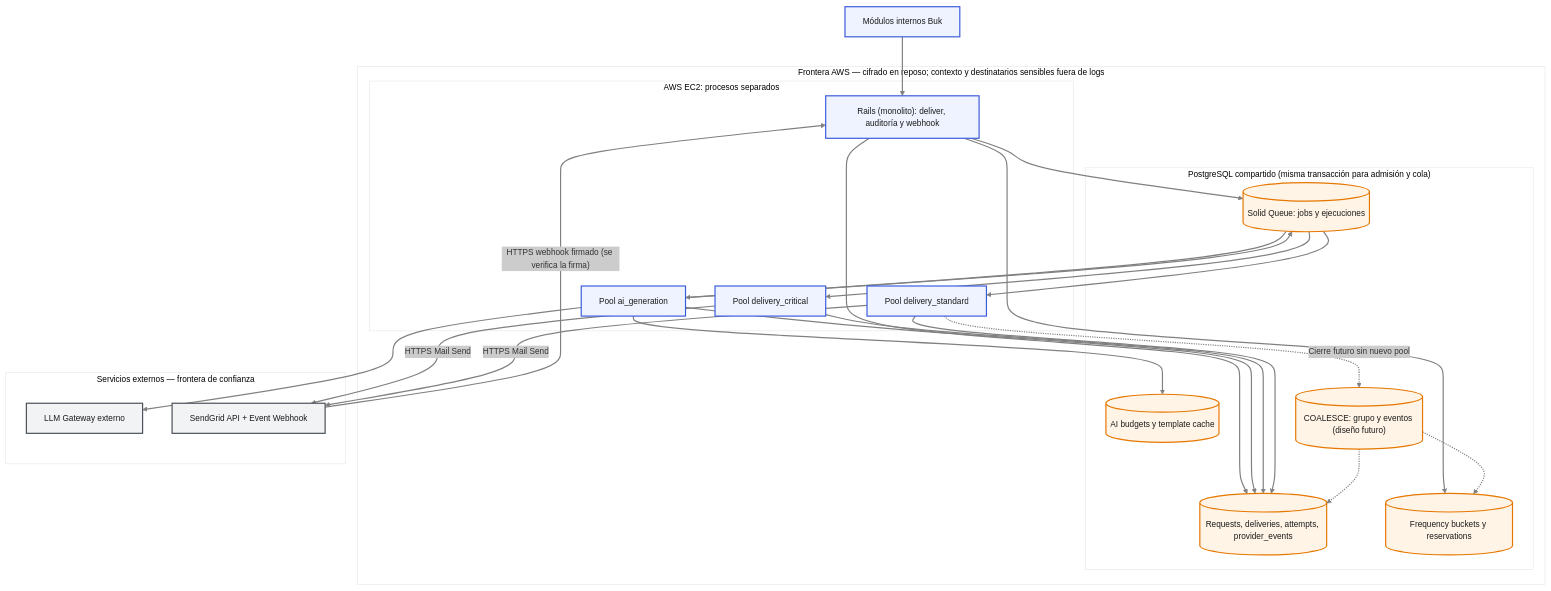
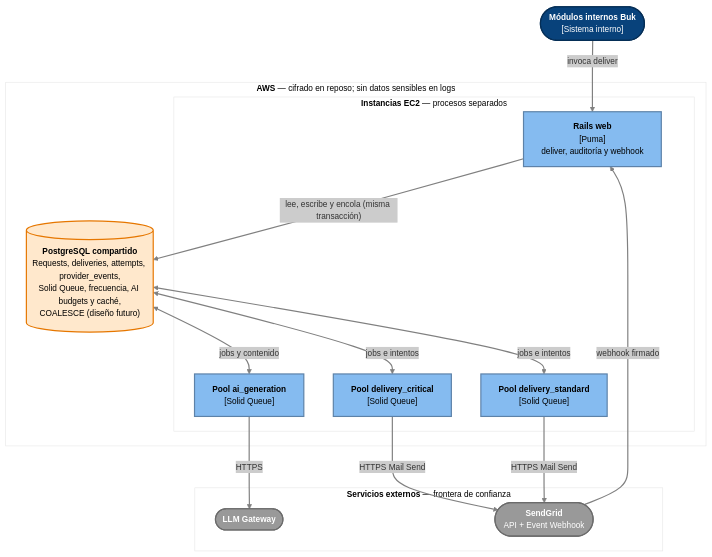
Before and after one commit to natha9404/codespaces-rails: the diagram in app/assets/images/infraestructura.mmd, drawn with Mermaid. The commit also changed 7 other files, not shown here.

First line of the commit message:
Diagramas 2.b y 2.c en notación C4 y vistas de detalle aparte

```diff
--- a/app/assets/images/infraestructura.mmd
+++ b/app/assets/images/infraestructura.mmd
@@ -1,52 +1,38 @@
 ---
 config:
   theme: neo
 ---
 flowchart TB
-  Modules["Módulos internos Buk"]
-  subgraph AWS["Frontera AWS — cifrado en reposo; contexto y destinatarios sensibles fuera de logs"]
-    subgraph EC2["AWS EC2: procesos separados"]
-      Web["Rails (monolito): deliver, auditoría y webhook"]
-      AI["Pool ai_generation"]
-      Critical["Pool delivery_critical"]
-      Standard["Pool delivery_standard"]
+  Buk(["<b>Módulos internos Buk</b><br/>[Sistema interno]"])
+  subgraph AWS["<b>AWS</b> — cifrado en reposo; sin datos sensibles en logs"]
+    subgraph EC2["<b>Instancias EC2</b> — procesos separados"]
+      WEB["<b>Rails web</b><br/>[Puma]<br/>deliver, auditoría y webhook"]
+      WAI["<b>Pool ai_generation</b><br/>[Solid Queue]"]
+      WCR["<b>Pool delivery_critical</b><br/>[Solid Queue]"]
+      WST["<b>Pool delivery_standard</b><br/>[Solid Queue]"]
     end
-    subgraph PG["PostgreSQL compartido (misma transacción para admisión y cola)"]
-      Business[("Requests, deliveries, attempts, provider_events")]
-      Freq[("Frequency buckets y reservations")]
-      SQ[("Solid Queue: jobs y ejecuciones")]
-      AIData[("AI budgets y template cache")]
-      Future[("COALESCE: grupo y eventos (diseño futuro)")]
-    end
+    PG[("<b>PostgreSQL compartido</b><br/>Requests, deliveries, attempts, provider_events,<br/>Solid Queue, frecuencia, AI budgets y caché,<br/>COALESCE (diseño futuro)")]
   end
-  subgraph EXT["Servicios externos — frontera de confianza"]
-    LLM["LLM Gateway externo"]
-    SG["SendGrid API + Event Webhook"]
+  subgraph EXT["<b>Servicios externos</b> — frontera de confianza"]
+    SG(["<b>SendGrid</b><br/>API + Event Webhook"])
+    LLM(["<b>LLM Gateway</b>"])
   end
-  Modules --> Web
-  Web --> Business
-  Web --> Freq
-  Web --> SQ
-  SQ --> AI
-  SQ --> Critical
-  SQ --> Standard
-  AI --> LLM
-  AI --> AIData
-  AI --> Business
-  AI --> SQ
-  Critical --> Business
-  Standard --> Business
-  Critical -->|"HTTPS Mail Send"| SG
-  Standard -->|"HTTPS Mail Send"| SG
-  SG -->|"HTTPS webhook firmado (se verifica la firma)"| Web
-  Standard -.->|"Cierre futuro sin nuevo pool"| Future
-  Future -.-> Business
-  Future -.-> Freq
+  Buk -->|"invoca deliver"| WEB
+  WEB -->|"lee, escribe y encola (misma transacción)"| PG
+  PG <-->|"jobs y contenido"| WAI
+  PG <-->|"jobs e intentos"| WCR
+  PG <-->|"jobs e intentos"| WST
+  WAI -->|"HTTPS"| LLM
+  WCR -->|"HTTPS Mail Send"| SG
+  WST -->|"HTTPS Mail Send"| SG
+  SG -->|"webhook firmado"| WEB
 
-  classDef comp fill:#eef3ff,stroke:#3b5bdb,color:#1b1b1b
-  classDef store fill:#fff4e6,stroke:#e67700,color:#1b1b1b
-  classDef ext fill:#f1f3f5,stroke:#495057,color:#1b1b1b
-  class Modules,Web,AI,Critical,Standard comp
-  class Business,Freq,SQ,AIData,Future store
-  class LLM,SG ext
+  classDef person fill:#08427b,stroke:#052e56,color:#ffffff
+  classDef node fill:#85bbf0,stroke:#5d82a8,color:#000000
+  classDef store fill:#ffe8cc,stroke:#e67700,color:#000000
+  classDef ext fill:#999999,stroke:#6b6b6b,color:#ffffff
+  class Buk person
+  class WEB,WAI,WCR,WST node
+  class PG store
+  class SG,LLM ext
   linkStyle default stroke:#808080
```
